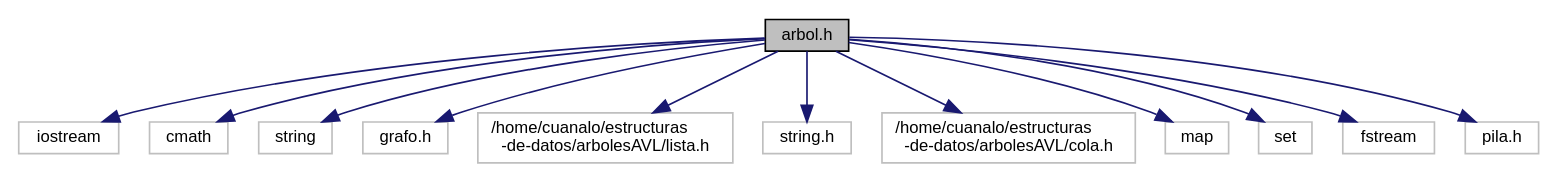
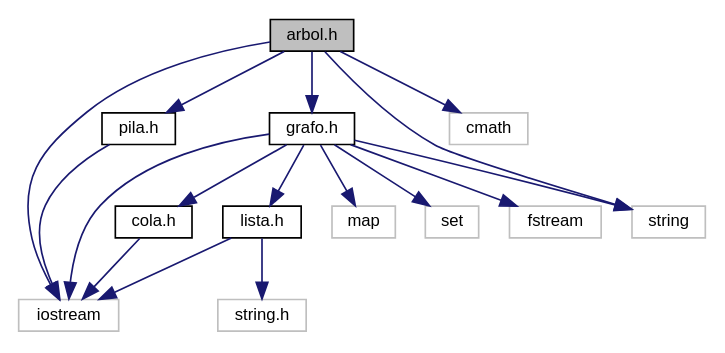
Before and after one commit to fcc-2018/arboles-avl: the diagram in docs/arbol_8h__incl.dot, drawn with Graphviz. The commit also changed 272 other files, not shown here.

```diff
--- a/docs/arbol_8h__incl.dot
+++ b/docs/arbol_8h__incl.dot
@@ -1,28 +1,33 @@
 digraph "arbol.h"
 {
   edge [fontname="Helvetica",fontsize="10",labelfontname="Helvetica",labelfontsize="10"];
   node [fontname="Helvetica",fontsize="10",shape=record];
   Node0 [label="arbol.h",height=0.2,width=0.4,color="black", fillcolor="grey75", style="filled", fontcolor="black"];
   Node0 -> Node1 [color="midnightblue",fontsize="10",style="solid",fontname="Helvetica"];
   Node1 [label="iostream",height=0.2,width=0.4,color="grey75", fillcolor="white", style="filled"];
   Node0 -> Node2 [color="midnightblue",fontsize="10",style="solid",fontname="Helvetica"];
   Node2 [label="cmath",height=0.2,width=0.4,color="grey75", fillcolor="white", style="filled"];
   Node0 -> Node3 [color="midnightblue",fontsize="10",style="solid",fontname="Helvetica"];
   Node3 [label="string",height=0.2,width=0.4,color="grey75", fillcolor="white", style="filled"];
   Node0 -> Node4 [color="midnightblue",fontsize="10",style="solid",fontname="Helvetica"];
-  Node4 [label="grafo.h",height=0.2,width=0.4,color="grey75", fillcolor="white", style="filled"];
-  Node0 -> Node5 [color="midnightblue",fontsize="10",style="solid",fontname="Helvetica"];
-  Node5 [label="/home/cuanalo/estructuras\l-de-datos/arbolesAVL/lista.h",height=0.2,width=0.4,color="grey75", fillcolor="white", style="filled"];
-  Node0 -> Node6 [color="midnightblue",fontsize="10",style="solid",fontname="Helvetica"];
+  Node4 [label="grafo.h",height=0.2,width=0.4,color="black", fillcolor="white", style="filled",URL="$grafo_8h_source.html"];
+  Node4 -> Node3 [color="midnightblue",fontsize="10",style="solid",fontname="Helvetica"];
+  Node4 -> Node1 [color="midnightblue",fontsize="10",style="solid",fontname="Helvetica"];
+  Node4 -> Node5 [color="midnightblue",fontsize="10",style="solid",fontname="Helvetica"];
+  Node5 [label="lista.h",height=0.2,width=0.4,color="black", fillcolor="white", style="filled",URL="$lista_8h_source.html"];
+  Node5 -> Node1 [color="midnightblue",fontsize="10",style="solid",fontname="Helvetica"];
+  Node5 -> Node6 [color="midnightblue",fontsize="10",style="solid",fontname="Helvetica"];
   Node6 [label="string.h",height=0.2,width=0.4,color="grey75", fillcolor="white", style="filled"];
-  Node0 -> Node7 [color="midnightblue",fontsize="10",style="solid",fontname="Helvetica"];
-  Node7 [label="/home/cuanalo/estructuras\l-de-datos/arbolesAVL/cola.h",height=0.2,width=0.4,color="grey75", fillcolor="white", style="filled"];
-  Node0 -> Node8 [color="midnightblue",fontsize="10",style="solid",fontname="Helvetica"];
+  Node4 -> Node7 [color="midnightblue",fontsize="10",style="solid",fontname="Helvetica"];
+  Node7 [label="cola.h",height=0.2,width=0.4,color="black", fillcolor="white", style="filled",URL="$cola_8h_source.html"];
+  Node7 -> Node1 [color="midnightblue",fontsize="10",style="solid",fontname="Helvetica"];
+  Node4 -> Node8 [color="midnightblue",fontsize="10",style="solid",fontname="Helvetica"];
   Node8 [label="map",height=0.2,width=0.4,color="grey75", fillcolor="white", style="filled"];
-  Node0 -> Node9 [color="midnightblue",fontsize="10",style="solid",fontname="Helvetica"];
+  Node4 -> Node9 [color="midnightblue",fontsize="10",style="solid",fontname="Helvetica"];
   Node9 [label="set",height=0.2,width=0.4,color="grey75", fillcolor="white", style="filled"];
-  Node0 -> Node10 [color="midnightblue",fontsize="10",style="solid",fontname="Helvetica"];
+  Node4 -> Node10 [color="midnightblue",fontsize="10",style="solid",fontname="Helvetica"];
   Node10 [label="fstream",height=0.2,width=0.4,color="grey75", fillcolor="white", style="filled"];
   Node0 -> Node11 [color="midnightblue",fontsize="10",style="solid",fontname="Helvetica"];
-  Node11 [label="pila.h",height=0.2,width=0.4,color="grey75", fillcolor="white", style="filled"];
+  Node11 [label="pila.h",height=0.2,width=0.4,color="black", fillcolor="white", style="filled",URL="$pila_8h_source.html"];
+  Node11 -> Node1 [color="midnightblue",fontsize="10",style="solid",fontname="Helvetica"];
 }
```
